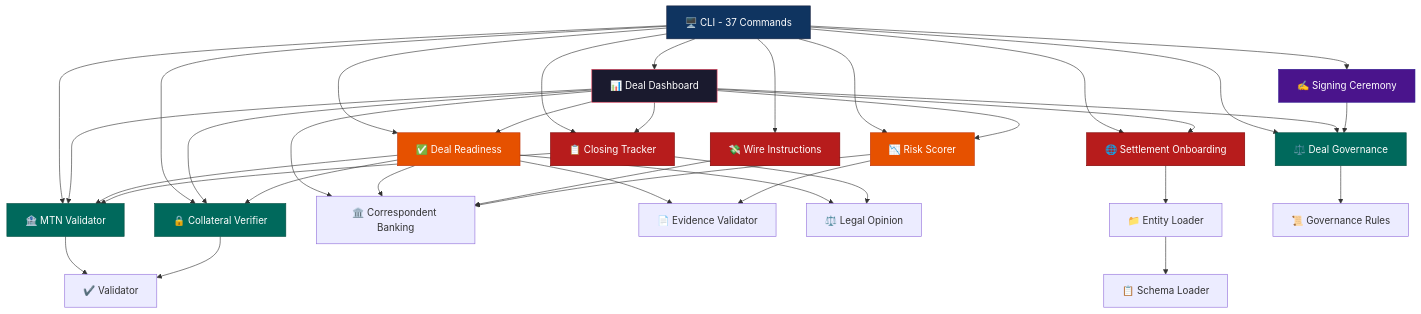
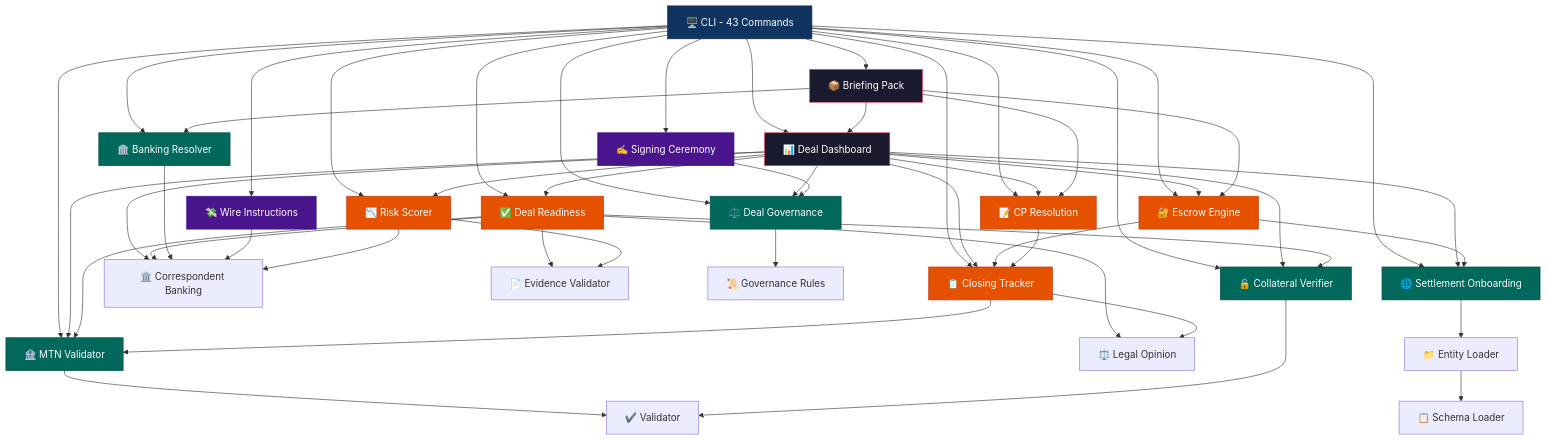
The first of 10 diagrams in README.md (unykornai/optkas-bank-vi), drawn with Mermaid before and after one commit. The commit also changed other lines of this file, not shown here.

Commit message:
README: Full update through Phase 12  653 tests, 43 commands, 40 modules, 0 RED gates, briefing pack instructions for funding group

````diff
--- a/README.md
+++ b/README.md
@@ -104,55 +207,75 @@
 ```mermaid
 graph TD
-    CLI[🖥️ CLI - 37 Commands] --> Dashboard[📊 Deal Dashboard]
+    CLI[🖥️ CLI - 43 Commands] --> Dashboard[📊 Deal Dashboard]
     CLI --> MTN[🏦 MTN Validator]
     CLI --> Collateral[🔒 Collateral Verifier]
     CLI --> Readiness[✅ Deal Readiness]
     CLI --> Governance[⚖️ Deal Governance]
     CLI --> Risk[📉 Risk Scorer]
     CLI --> Closing[📋 Closing Tracker]
     CLI --> Settlement[🌐 Settlement Onboarding]
     CLI --> Wire[💸 Wire Instructions]
     CLI --> Signing[✍️ Signing Ceremony]
+    CLI --> Escrow[🔐 Escrow Engine]
+    CLI --> BankingResolver[🏛️ Banking Resolver]
+    CLI --> CPResolution[📝 CP Resolution]
+    CLI --> BriefingPack[📦 Briefing Pack]
 
     Dashboard --> MTN
     Dashboard --> Collateral
     Dashboard --> Readiness
     Dashboard --> Governance
     Dashboard --> Risk
     Dashboard --> Closing
     Dashboard --> Settlement
     Dashboard --> CorBanking[🏛️ Correspondent Banking]
+    Dashboard --> Escrow
+    Dashboard --> CPResolution
+
+    BriefingPack --> Dashboard
+    BriefingPack --> BankingResolver
+    BriefingPack --> CPResolution
+    BriefingPack --> Escrow
 
     Readiness --> MTN
     Readiness --> Collateral
     Readiness --> CorBanking
     Readiness --> Evidence[📄 Evidence Validator]
     Readiness --> LegalOp[⚖️ Legal Opinion]
+
+    Escrow --> Closing
+    Escrow --> Settlement
+    CPResolution --> Closing
+    BankingResolver --> CorBanking
 
     Signing --> Governance
     Wire --> CorBanking
     Settlement --> EntityLoader[📁 Entity Loader]
     Closing --> MTN
     Closing --> LegalOp
 
     Risk --> CorBanking
     Risk --> Evidence
 
     Governance --> GovRules[📜 Governance Rules]
     MTN --> Validator[✔️ Validator]
     Collateral --> Validator
 
     EntityLoader --> SchemaLoader[📋 Schema Loader]
 
     style Dashboard fill:#1a1a2e,stroke:#e94560,color:#fff
     style CLI fill:#0f3460,stroke:#16213e,color:#fff
     style MTN fill:#00695c,stroke:#004d40,color:#fff
     style Collateral fill:#00695c,stroke:#004d40,color:#fff
     style Readiness fill:#e65100,stroke:#bf360c,color:#fff
     style Governance fill:#00695c,stroke:#004d40,color:#fff
     style Risk fill:#e65100,stroke:#bf360c,color:#fff
-    style Closing fill:#b71c1c,stroke:#7f0000,color:#fff
-    style Settlement fill:#b71c1c,stroke:#7f0000,color:#fff
-    style Wire fill:#b71c1c,stroke:#7f0000,color:#fff
+    style Closing fill:#e65100,stroke:#bf360c,color:#fff
+    style Settlement fill:#00695c,stroke:#004d40,color:#fff
+    style Wire fill:#4a148c,stroke:#311b92,color:#fff
     style Signing fill:#4a148c,stroke:#311b92,color:#fff
+    style Escrow fill:#e65100,stroke:#bf360c,color:#fff
+    style BankingResolver fill:#00695c,stroke:#004d40,color:#fff
+    style CPResolution fill:#e65100,stroke:#bf360c,color:#fff
+    style BriefingPack fill:#1a1a2e,stroke:#e94560,color:#fff
 ```
````
